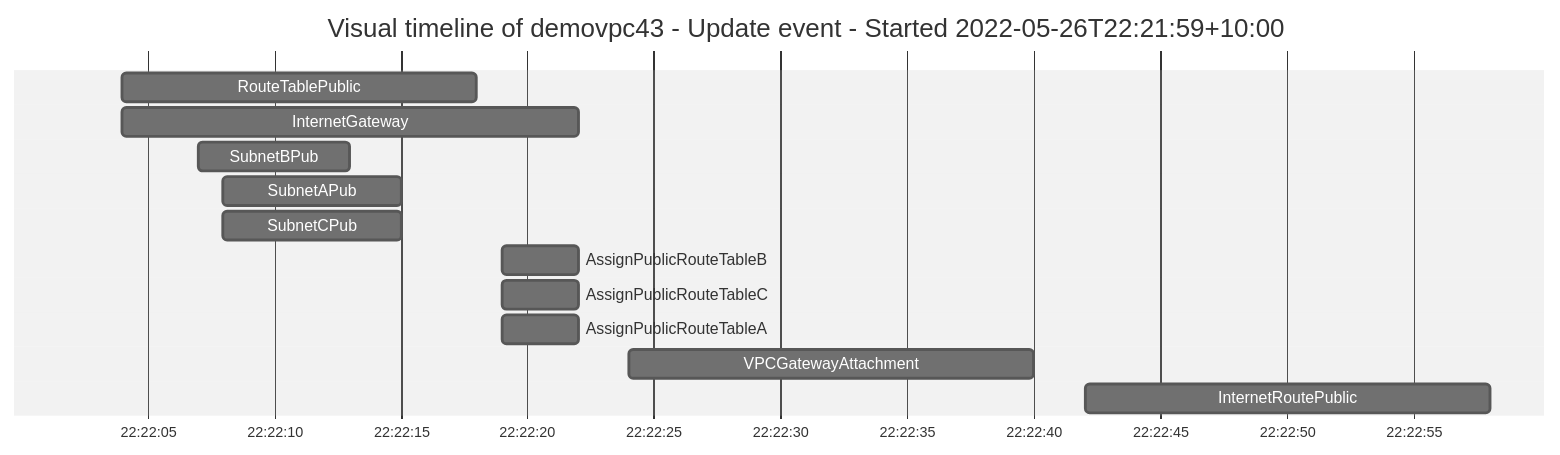
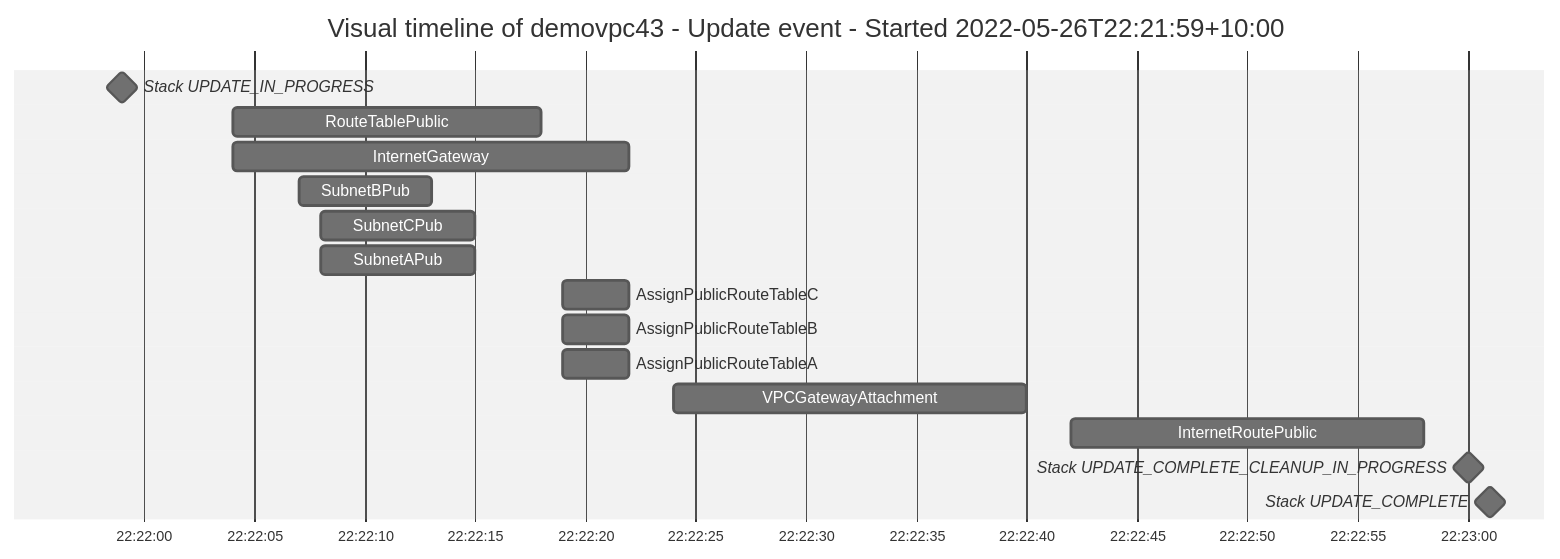
Before and after one commit to ArjenSchwarz/fog: the second of 4 diagrams in docs/fog-report-demo.md, drawn with Mermaid (neutral theme). The commit also changed other lines of this file and 1 other file, not shown here.

````diff
--- a/docs/fog-report-demo.md
+++ b/docs/fog-report-demo.md
@@ -60,16 +63,19 @@
 ```mermaid
 gantt
 	title Visual timeline of demovpc43 - Update event - Started 2022-05-26T22:21:59+10:00
 	dateFormat HH:mm:ss
 	axisFormat %H:%M:%S
+	Stack UPDATE_IN_PROGRESS	:milestone, 22:21:59 , 0s
 	RouteTablePublic	:22:22:04 , 14s
 	InternetGateway	:22:22:04 , 18s
 	SubnetBPub	:22:22:07 , 6s
+	SubnetCPub	:22:22:08 , 7s
 	SubnetAPub	:22:22:08 , 7s
-	SubnetCPub	:22:22:08 , 7s
+	AssignPublicRouteTableC	:22:22:19 , 3s
 	AssignPublicRouteTableB	:22:22:19 , 3s
-	AssignPublicRouteTableC	:22:22:19 , 3s
 	AssignPublicRouteTableA	:22:22:19 , 3s
 	VPCGatewayAttachment	:22:22:24 , 16s
 	InternetRoutePublic	:22:22:42 , 16s
+	Stack UPDATE_COMPLETE_CLEANUP_IN_PROGRESS	:milestone, 22:23:00 , 0s
+	Stack UPDATE_COMPLETE	:milestone, 22:23:01 , 0s
 ```
````
